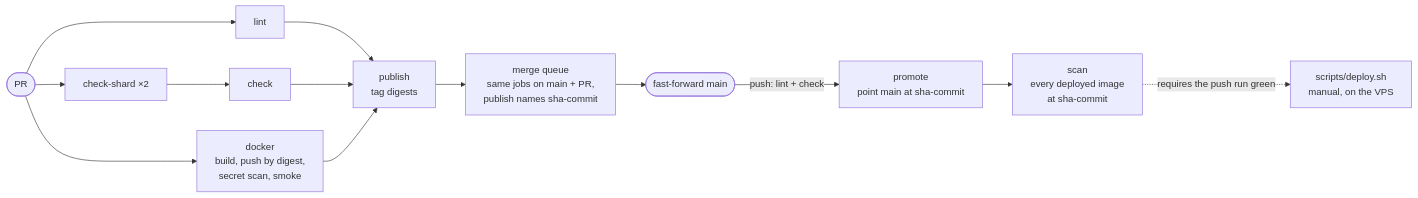
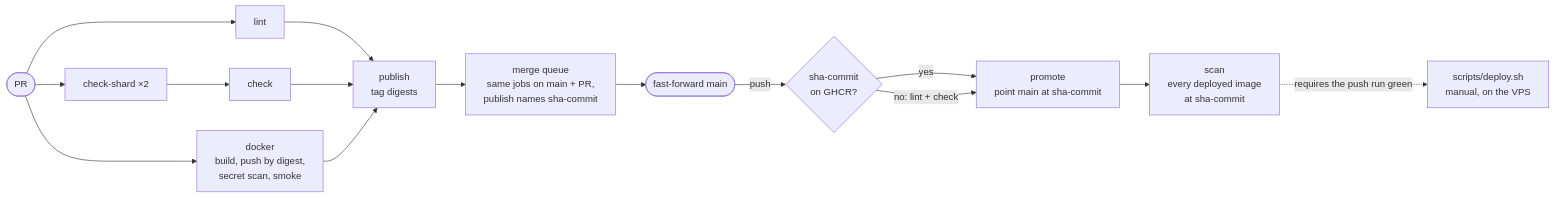
Before and after one commit to Projekt-Manager-Org/Projekt-Manager: the third of 5 diagrams in ARCHITECTURE.md, drawn with Mermaid. The commit also changed other lines of this file and 6 other files, not shown here.

````diff
--- a/ARCHITECTURE.md
+++ b/ARCHITECTURE.md
@@ -376,10 +376,12 @@
 ```mermaid
 flowchart LR
   pr([PR]) --> lint & shard["check-shard ×2"] & docker["docker<br/>build, push by digest,<br/>secret scan, smoke"]
   shard --> check
   lint & check & docker --> publish["publish<br/>tag digests"]
   publish --> queue["merge queue<br/>same jobs on main + PR,<br/>publish names sha-commit"] --> merge([fast-forward main])
-  merge -->|"push: lint + check"| promote["promote<br/>point main at sha-commit"]
+  merge -->|push| resolve{"sha-commit<br/>on GHCR?"}
+  resolve -->|yes| promote["promote<br/>point main at sha-commit"]
+  resolve -->|"no: lint + check"| promote
   promote --> scan["scan<br/>every deployed image<br/>at sha-commit"]
   scan -.->|"requires the push run green"| deploy["scripts/deploy.sh<br/>manual, on the VPS"]
 ```
````
